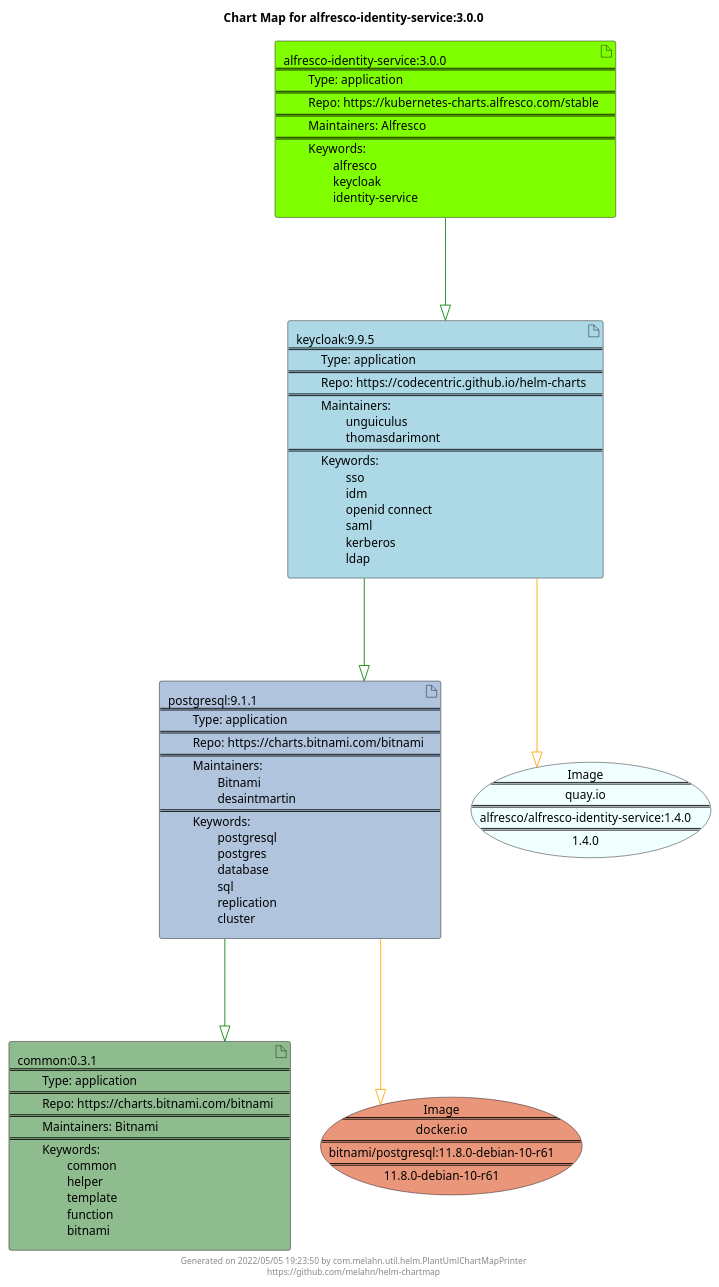
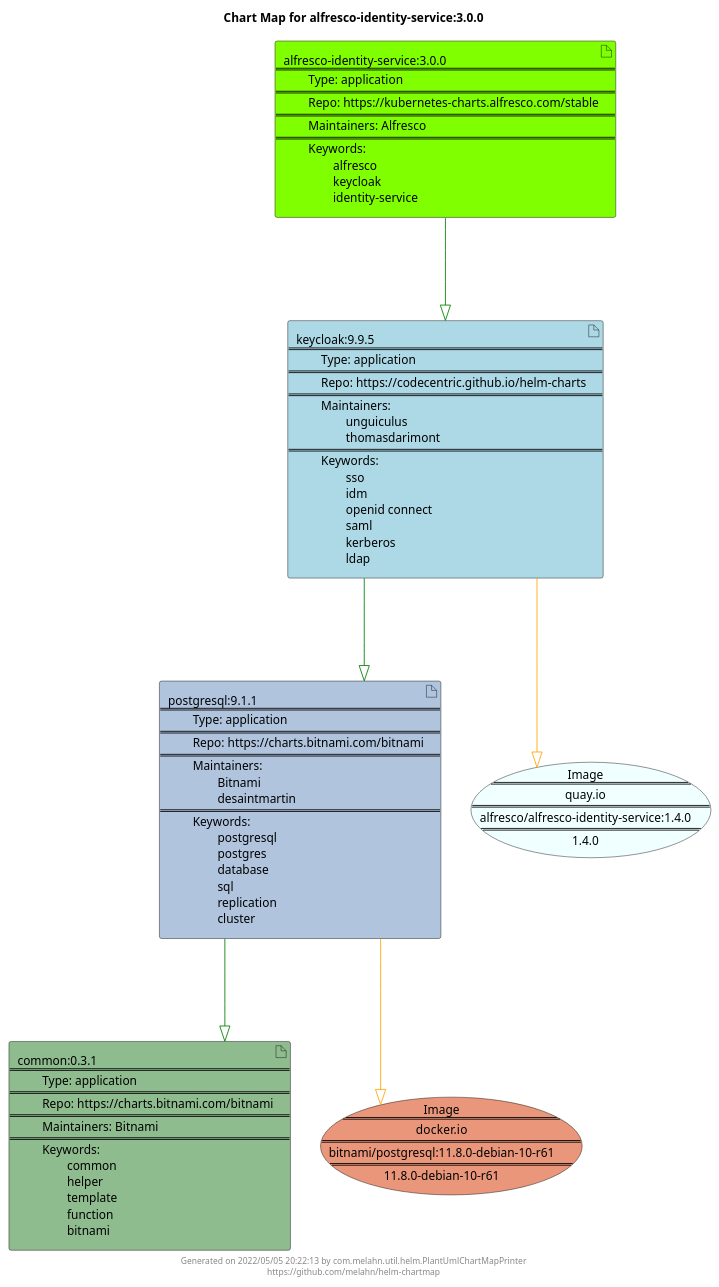
One commit to melahn/helm-chartmap changed the diagram in docs/alfresco-identity-service/alfresco-identity-service-3.0.0.puml. Above: the diagram before and after it, drawn with PlantUML. The commit also changed 64 other files, not shown here.

Commit message:
Update Example Chart Maps as part of GitHub build

```diff
--- a/docs/alfresco-identity-service/alfresco-identity-service-3.0.0.puml
+++ b/docs/alfresco-identity-service/alfresco-identity-service-3.0.0.puml
@@ -1,29 +1,29 @@
 @startuml
 skinparam linetype ortho
 skinparam backgroundColor white
 skinparam usecaseBorderColor black
 skinparam usecaseArrowColor LightSlateGray
 skinparam artifactBorderColor black
 skinparam artifactArrowColor LightSlateGray
 
 title Chart Map for alfresco-identity-service:3.0.0
 
 'There are 4 referenced Helm Charts
 artifact "postgresql:9.1.1\n====\n\tType: application\n====\n\tRepo: https://charts.bitnami.com/bitnami\n====\n\tMaintainers: \n\t\tBitnami\n\t\tdesaintmartin\n====\n\tKeywords: \n\t\tpostgresql\n\t\tpostgres\n\t\tdatabase\n\t\tsql\n\t\treplication\n\t\tcluster" as postgresql_9_1_1 #LightSteelBlue
 artifact "alfresco-identity-service:3.0.0\n====\n\tType: application\n====\n\tRepo: https://kubernetes-charts.alfresco.com/stable\n====\n\tMaintainers: Alfresco\n====\n\tKeywords: \n\t\talfresco\n\t\tkeycloak\n\t\tidentity-service" as alfresco_identity_service_3_0_0 #Chartreuse
 artifact "keycloak:9.9.5\n====\n\tType: application\n====\n\tRepo: https://codecentric.github.io/helm-charts\n====\n\tMaintainers: \n\t\tunguiculus\n\t\tthomasdarimont\n====\n\tKeywords: \n\t\tsso\n\t\tidm\n\t\topenid connect\n\t\tsaml\n\t\tkerberos\n\t\tldap" as keycloak_9_9_5 #LightBlue
 artifact "common:0.3.1\n====\n\tType: application\n====\n\tRepo: https://charts.bitnami.com/bitnami\n====\n\tMaintainers: Bitnami\n====\n\tKeywords: \n\t\tcommon\n\t\thelper\n\t\ttemplate\n\t\tfunction\n\t\tbitnami" as common_0_3_1 #DarkSeaGreen
 
 'There are 2 referenced Docker Images
 usecase "Image\n====\ndocker.io\n====\nbitnami/postgresql:11.8.0-debian-10-r61\n====\n11.8.0-debian-10-r61" as docker_io_bitnami_postgresql_11_8_0_debian_10_r61 #DarkSalmon
 usecase "Image\n====\nquay.io\n====\nalfresco/alfresco-identity-service:1.4.0\n====\n1.4.0" as quay_io_alfresco_alfresco_identity_service_1_4_0 #Azure
 
 'Chart Dependencies
 alfresco_identity_service_3_0_0--[#green]-|>keycloak_9_9_5
 keycloak_9_9_5--[#green]-|>postgresql_9_1_1
 postgresql_9_1_1--[#green]-|>common_0_3_1
 postgresql_9_1_1--[#orange]-|>docker_io_bitnami_postgresql_11_8_0_debian_10_r61
 keycloak_9_9_5--[#orange]-|>quay_io_alfresco_alfresco_identity_service_1_4_0
 
-center footer Generated on 2022/05/05 19:23:50 by com.melahn.util.helm.PlantUmlChartMapPrinter\nhttps://github.com/melahn/helm-chartmap
+center footer Generated on 2022/05/05 20:22:13 by com.melahn.util.helm.PlantUmlChartMapPrinter\nhttps://github.com/melahn/helm-chartmap
 @enduml
```
